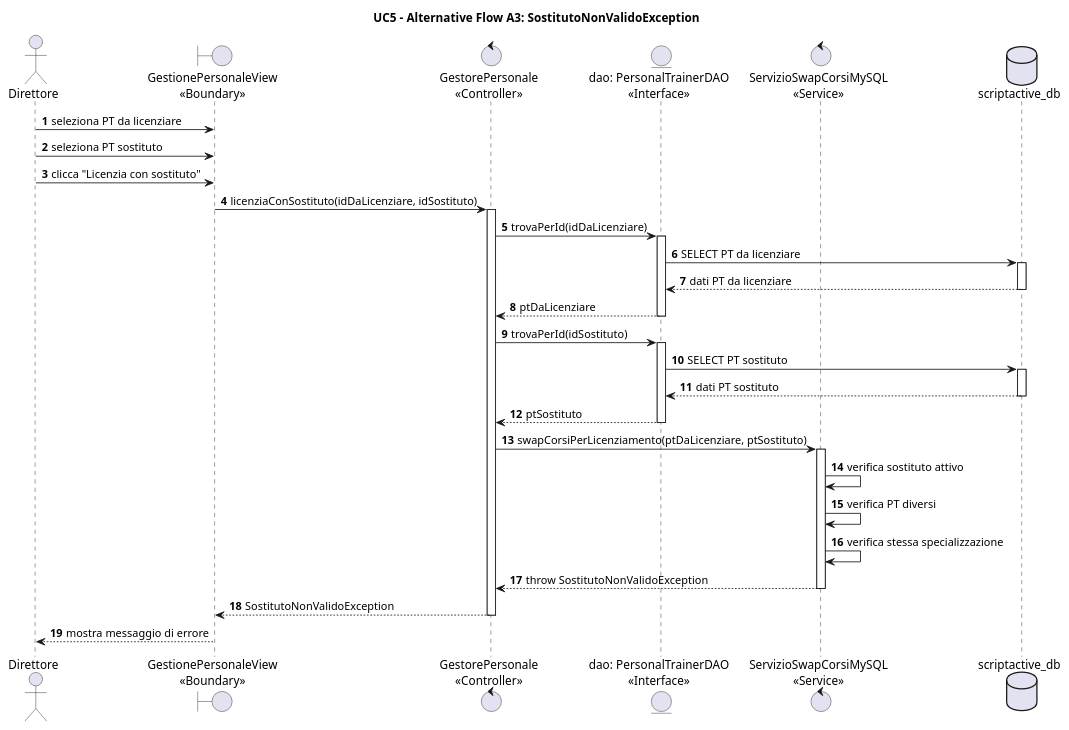
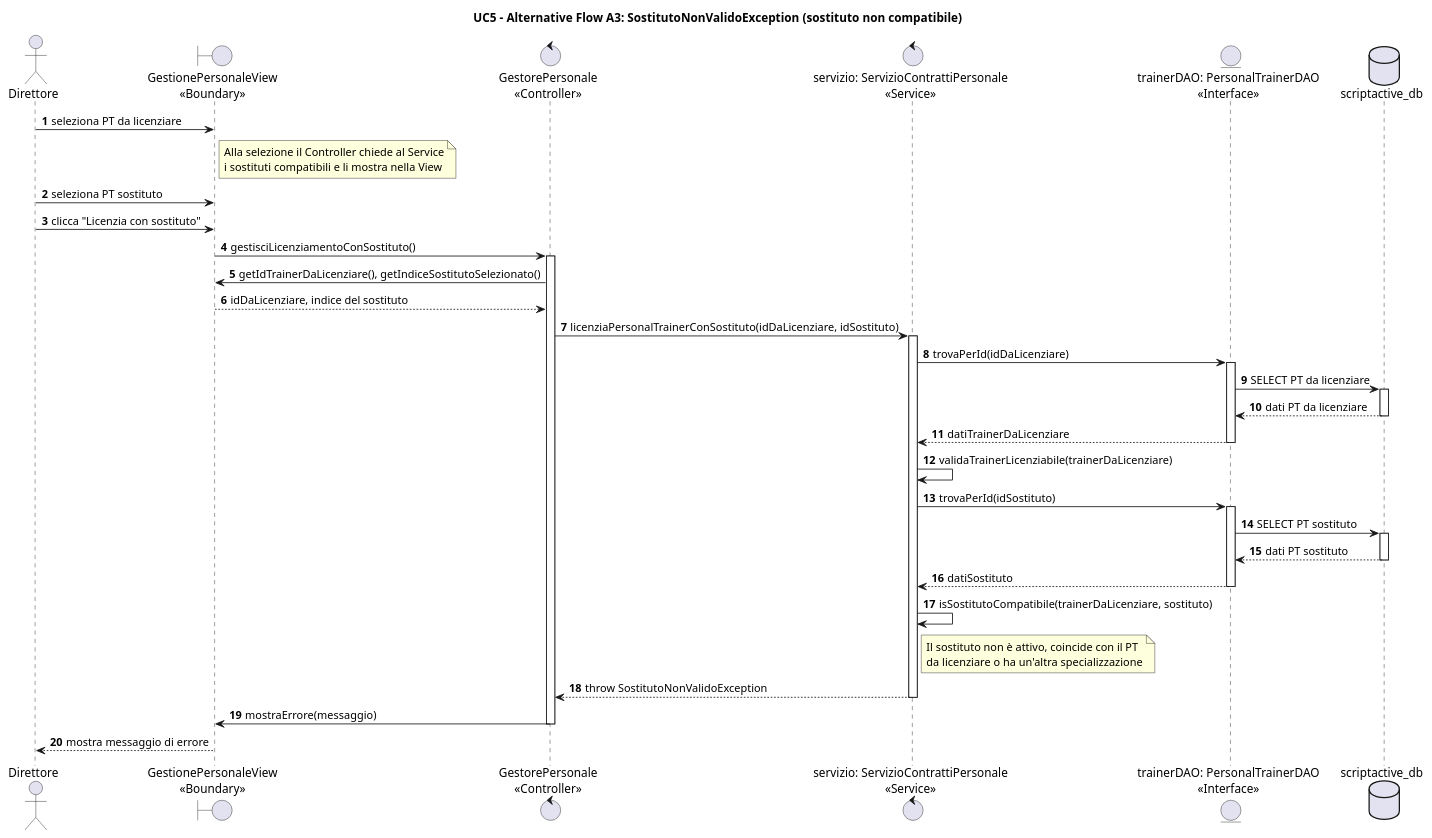
One commit to svilu999/Progetto-ScriptActive changed the seventh of 8 diagrams in ScriptActive/Documenti/08. Diagrammi di Sequenza/DSequenzaUC5.puml. Above: the diagram before and after it, drawn with PlantUML. The commit also changed other lines of this file and 33 other files, not shown here.

First line of the commit message:
Allinea i diagrammi UML al codice attuale

```diff
--- a/ScriptActive/Documenti/08. Diagrammi di Sequenza/DSequenzaUC5.puml
+++ b/ScriptActive/Documenti/08. Diagrammi di Sequenza/DSequenzaUC5.puml
@@ -382,57 +452,64 @@
-@startuml A3_SostitutoNonValidoException_SostitutoNonCompatibile
-title UC5 - Alternative Flow A3: SostitutoNonValidoException
+@startuml DSequenzaUC5Alt3
+title UC5 - Alternative Flow A3: SostitutoNonValidoException (sostituto non compatibile)
 
 autonumber
 
 actor "Direttore" as Direttore
 boundary "GestionePersonaleView\n<<Boundary>>" as View
 control "GestorePersonale\n<<Controller>>" as Controller
-entity "dao: PersonalTrainerDAO\n<<Interface>>" as PTDAO
-control "ServizioSwapCorsiMySQL\n<<Service>>" as SwapService
+control "servizio: ServizioContrattiPersonale\n<<Service>>" as Servizio
+entity "trainerDAO: PersonalTrainerDAO\n<<Interface>>" as PTDAO
 database "scriptactive_db" as DB
 
 Direttore -> View : seleziona PT da licenziare
+note right of View
+Alla selezione il Controller chiede al Service
+i sostituti compatibili e li mostra nella View
+end note
 Direttore -> View : seleziona PT sostituto
 Direttore -> View : clicca "Licenzia con sostituto"
 
-View -> Controller : licenziaConSostituto(idDaLicenziare, idSostituto)
+View -> Controller : gestisciLicenziamentoConSostituto()
 activate Controller
 
-Controller -> PTDAO : trovaPerId(idDaLicenziare)
+Controller -> View : getIdTrainerDaLicenziare(), getIndiceSostitutoSelezionato()
+View --> Controller : idDaLicenziare, indice del sostituto
+
+Controller -> Servizio : licenziaPersonalTrainerConSostituto(idDaLicenziare, idSostituto)
+activate Servizio
+
+Servizio -> PTDAO : trovaPerId(idDaLicenziare)
 activate PTDAO
-
 PTDAO -> DB : SELECT PT da licenziare
 activate DB
 DB --> PTDAO : dati PT da licenziare
 deactivate DB
-
-PTDAO --> Controller : ptDaLicenziare
+PTDAO --> Servizio : datiTrainerDaLicenziare
 deactivate PTDAO
 
-Controller -> PTDAO : trovaPerId(idSostituto)
+Servizio -> Servizio : validaTrainerLicenziabile(trainerDaLicenziare)
+
+Servizio -> PTDAO : trovaPerId(idSostituto)
 activate PTDAO
-
 PTDAO -> DB : SELECT PT sostituto
 activate DB
 DB --> PTDAO : dati PT sostituto
 deactivate DB
-
-PTDAO --> Controller : ptSostituto
+PTDAO --> Servizio : datiSostituto
 deactivate PTDAO
 
-Controller -> SwapService : swapCorsiPerLicenziamento(ptDaLicenziare, ptSostituto)
-activate SwapService
+Servizio -> Servizio : isSostitutoCompatibile(trainerDaLicenziare, sostituto)
+note right of Servizio
+Il sostituto non è attivo, coincide con il PT
+da licenziare o ha un'altra specializzazione
+end note
 
-SwapService -> SwapService : verifica sostituto attivo
-SwapService -> SwapService : verifica PT diversi
-SwapService -> SwapService : verifica stessa specializzazione
+Servizio --> Controller : throw SostitutoNonValidoException
+deactivate Servizio
 
-SwapService --> Controller : throw SostitutoNonValidoException
-deactivate SwapService
-
-Controller --> View : SostitutoNonValidoException
+Controller -> View : mostraErrore(messaggio)
 deactivate Controller
 
 View --> Direttore : mostra messaggio di errore
 
 @enduml
```
